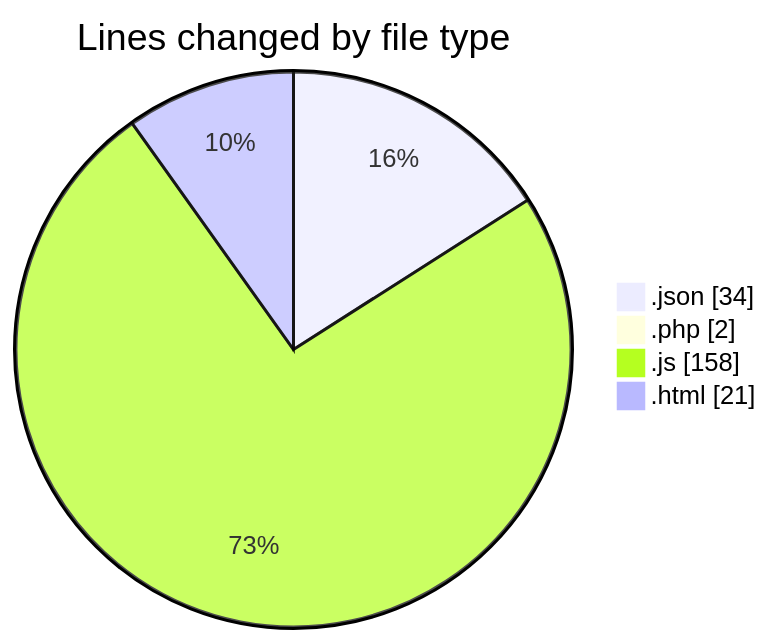
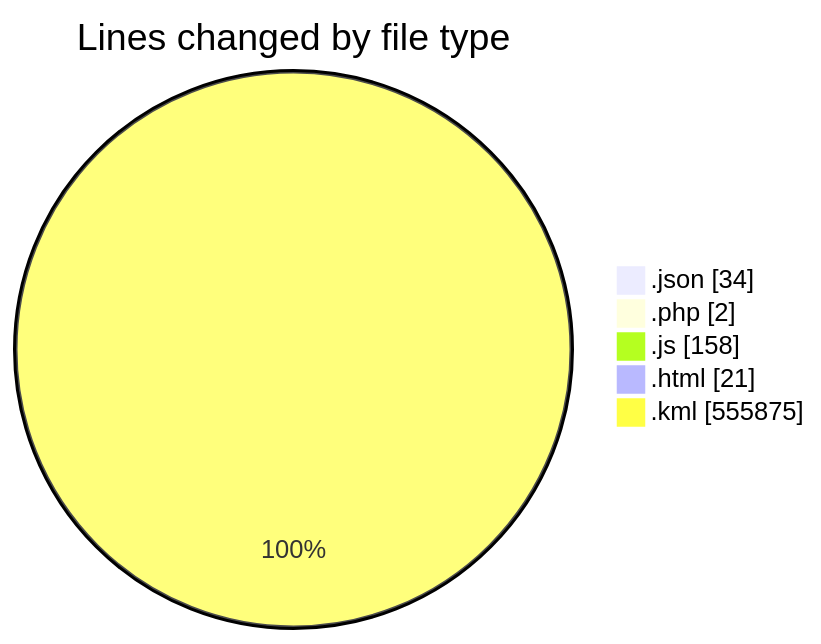
One commit to LanceThiago/code-tracking changed the first of 2 diagrams in 2025-03-27/kml/README.md. Above: the diagram before and after it, drawn with Mermaid. The commit also changed other lines of this file and 1 other file, not shown here.

````diff
--- a/2025-03-27/kml/README.md
+++ b/2025-03-27/kml/README.md
@@ -25,8 +26,9 @@
 ```mermaid
 pie showData
 title Lines changed by file type
 ".json" : 34
 ".php" : 2
 ".js" : 158
 ".html" : 21
+".kml" : 555875
 ```
````
